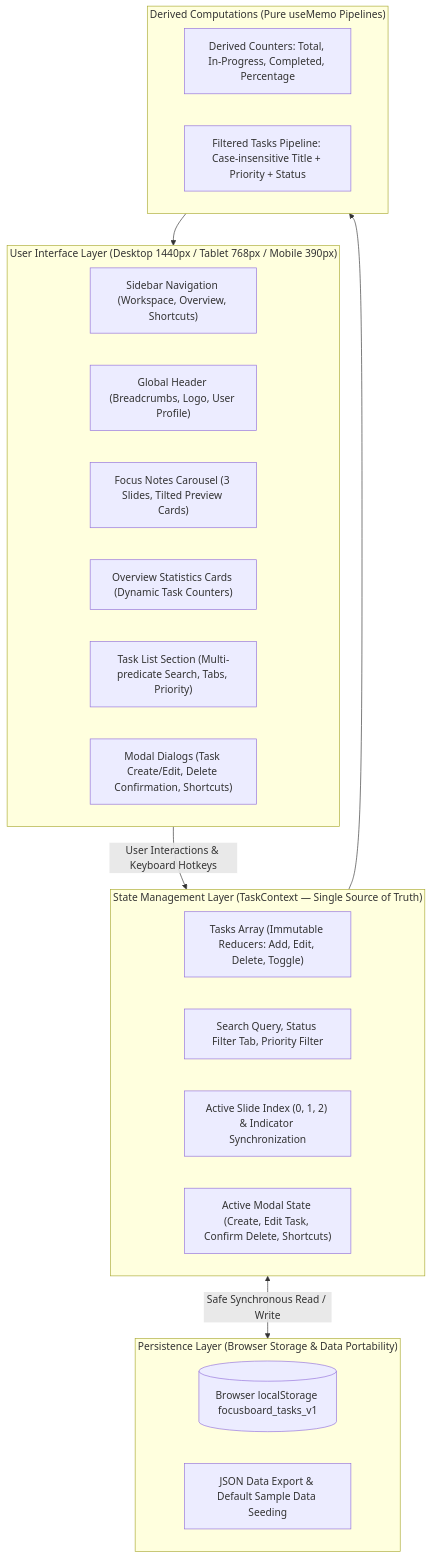
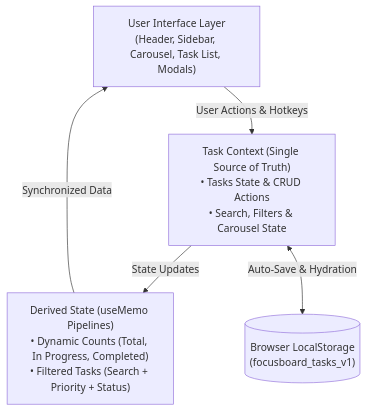
The diagram in README.md (vamsikiran1234/FocusBoard), drawn with Mermaid before and after one commit. The commit also changed other lines of this file, not shown here.

Commit message:
docs: simplify system architecture diagram and remove scoring rubric matrix

````diff
--- a/README.md
+++ b/README.md
@@ -32,33 +31,12 @@
 ```mermaid
 flowchart TD
-    subgraph UI ["User Interface Layer (Desktop 1440px / Tablet 768px / Mobile 390px)"]
-        Sidebar["Sidebar Navigation (Workspace, Overview, Shortcuts)"]
-        Header["Global Header (Breadcrumbs, Logo, User Profile)"]
-        Carousel["Focus Notes Carousel (3 Slides, Tilted Preview Cards)"]
-        Stats["Overview Statistics Cards (Dynamic Task Counters)"]
-        TaskList["Task List Section (Multi-predicate Search, Tabs, Priority)"]
-        Modals["Modal Dialogs (Task Create/Edit, Delete Confirmation, Shortcuts)"]
-    end
+    UI["User Interface Layer<br/>(Header, Sidebar, Carousel, Task List, Modals)"]
+    Context["Task Context (Single Source of Truth)<br/>• Tasks State & CRUD Actions<br/>• Search, Filters & Carousel State"]
+    Derived["Derived State (useMemo Pipelines)<br/>• Dynamic Counts (Total, In Progress, Completed)<br/>• Filtered Tasks (Search + Priority + Status)"]
+    Storage[("Browser LocalStorage<br/>(focusboard_tasks_v1)")]
 
-    subgraph CoreState ["State Management Layer (TaskContext — Single Source of Truth)"]
-        TasksState["Tasks Array (Immutable Reducers: Add, Edit, Delete, Toggle)"]
-        FilterState["Search Query, Status Filter Tab, Priority Filter"]
-        CarouselState["Active Slide Index (0, 1, 2) & Indicator Synchronization"]
-        ModalState["Active Modal State (Create, Edit Task, Confirm Delete, Shortcuts)"]
-    end
-
-    subgraph DerivedState ["Derived Computations (Pure useMemo Pipelines)"]
-        DynamicStats["Derived Counters: Total, In-Progress, Completed, Percentage"]
-        FilteredTasks["Filtered Tasks Pipeline: Case-insensitive Title + Priority + Status"]
-    end
-
-    subgraph Persistence ["Persistence Layer (Browser Storage & Data Portability)"]
-        LocalStorage[("Browser localStorage focusboard_tasks_v1")]
-        DataExport["JSON Data Export & Default Sample Data Seeding"]
-    end
-
-    UI -->|User Interactions & Keyboard Hotkeys| CoreState
-    CoreState --> DerivedState
-    DerivedState --> UI
-    CoreState <-->|Safe Synchronous Read / Write| Persistence
+    UI -->|"User Actions & Hotkeys"| Context
+    Context -->|"State Updates"| Derived
+    Derived -->|"Synchronized Data"| UI
+    Context <-->|"Auto-Save & Hydration"| Storage
 ```
````
